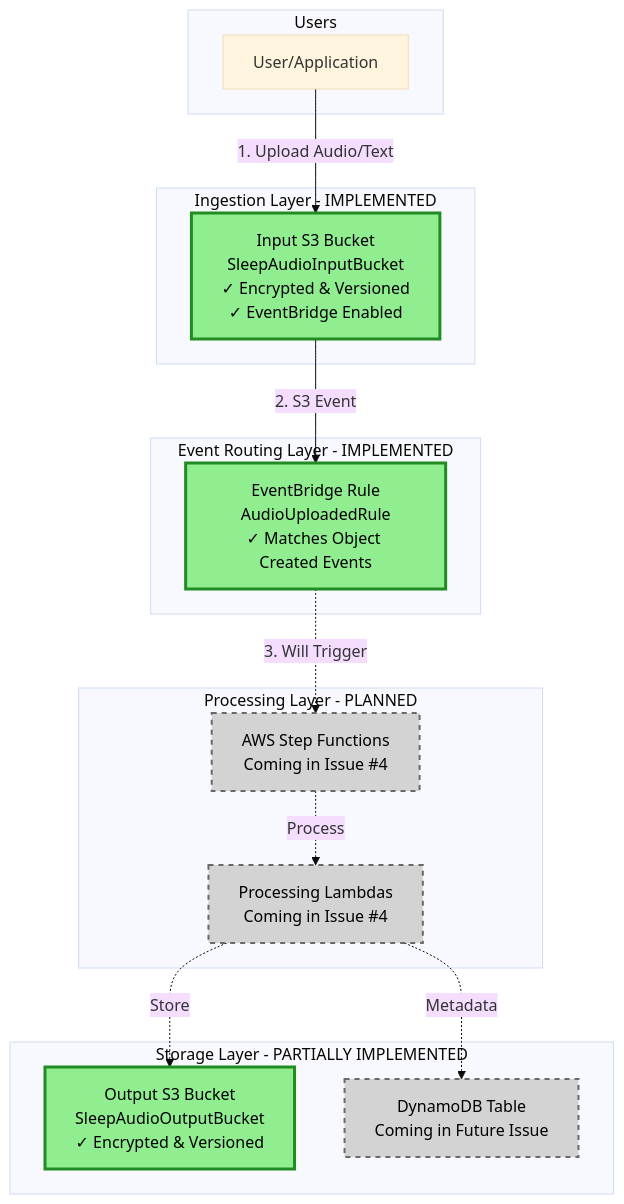
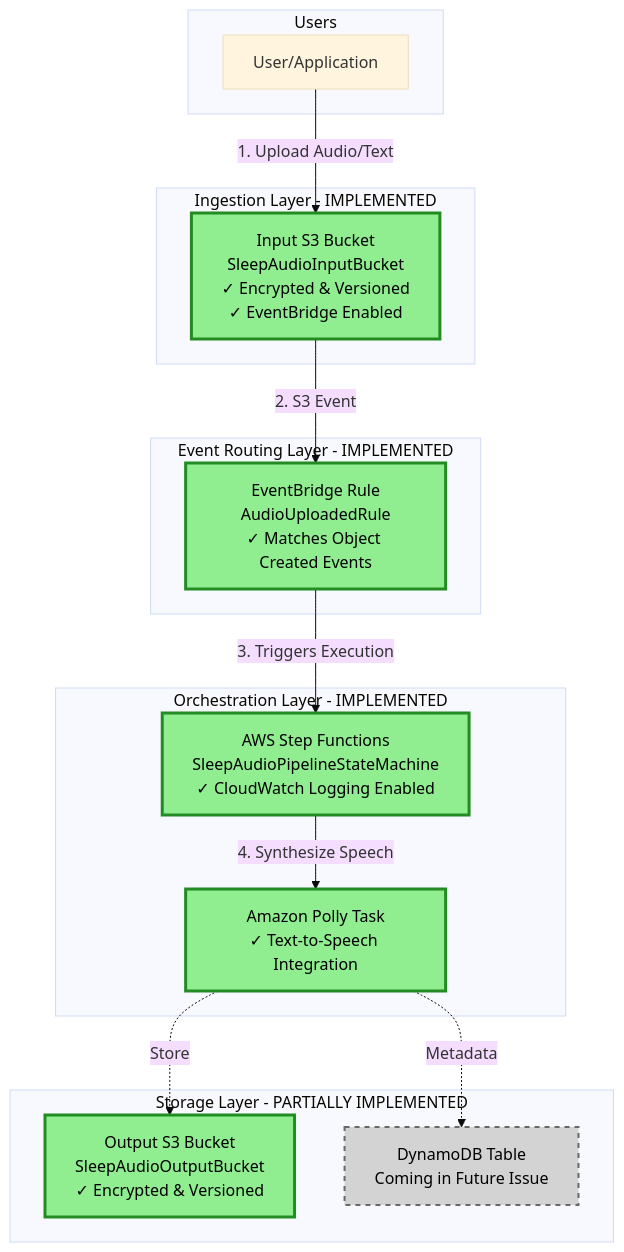
Before and after one commit to obstreperous-ai/cdk-sleep-ts-qdev: the first of 2 diagrams in ARCHITECTURE.md, drawn with Mermaid (base theme). The commit also changed other lines of this file and 2 other files, not shown here.

First line of the commit message:
[skip ci] feat: implement Step Functions state machine with Polly integration (Issue #4)

````diff
--- a/ARCHITECTURE.md
+++ b/ARCHITECTURE.md
@@ -39,38 +39,38 @@
 ```mermaid
 flowchart TD
     subgraph Users
         A[User/Application]
     end
     
     subgraph Ingestion ["Ingestion Layer - IMPLEMENTED"]
         B[Input S3 Bucket<br/>SleepAudioInputBucket<br/>✓ Encrypted & Versioned<br/>✓ EventBridge Enabled]
     end
     
     subgraph EventRouting ["Event Routing Layer - IMPLEMENTED"]
         C[EventBridge Rule<br/>AudioUploadedRule<br/>✓ Matches Object Created Events]
     end
     
-    subgraph Processing ["Processing Layer - PLANNED"]
-        D[AWS Step Functions<br/>Coming in Issue #4]
-        D1[Processing Lambdas<br/>Coming in Issue #4]
+    subgraph Processing ["Orchestration Layer - IMPLEMENTED"]
+        D[AWS Step Functions<br/>SleepAudioPipelineStateMachine<br/>✓ CloudWatch Logging Enabled]
+        D1[Amazon Polly Task<br/>✓ Text-to-Speech Integration]
     end
     
     subgraph Storage ["Storage Layer - PARTIALLY IMPLEMENTED"]
         E[Output S3 Bucket<br/>SleepAudioOutputBucket<br/>✓ Encrypted & Versioned]
         F[DynamoDB Table<br/>Coming in Future Issue]
     end
     
     A -->|1. Upload Audio/Text| B
     B -->|2. S3 Event| C
-    C -.->|3. Will Trigger| D
-    D -.->|Process| D1
+    C -->|3. Triggers Execution| D
+    D -->|4. Synthesize Speech| D1
     D1 -.->|Store| E
     D1 -.->|Metadata| F
     
     style B fill:#90EE90,stroke:#228B22,stroke-width:3px,color:#000
     style C fill:#90EE90,stroke:#228B22,stroke-width:3px,color:#000
+    style D fill:#90EE90,stroke:#228B22,stroke-width:3px,color:#000
+    style D1 fill:#90EE90,stroke:#228B22,stroke-width:3px,color:#000
     style E fill:#90EE90,stroke:#228B22,stroke-width:3px,color:#000
-    style D fill:#D3D3D3,stroke:#696969,stroke-width:2px,stroke-dasharray: 5 5,color:#000
-    style D1 fill:#D3D3D3,stroke:#696969,stroke-width:2px,stroke-dasharray: 5 5,color:#000
     style F fill:#D3D3D3,stroke:#696969,stroke-width:2px,stroke-dasharray: 5 5,color:#000
 ```
````
